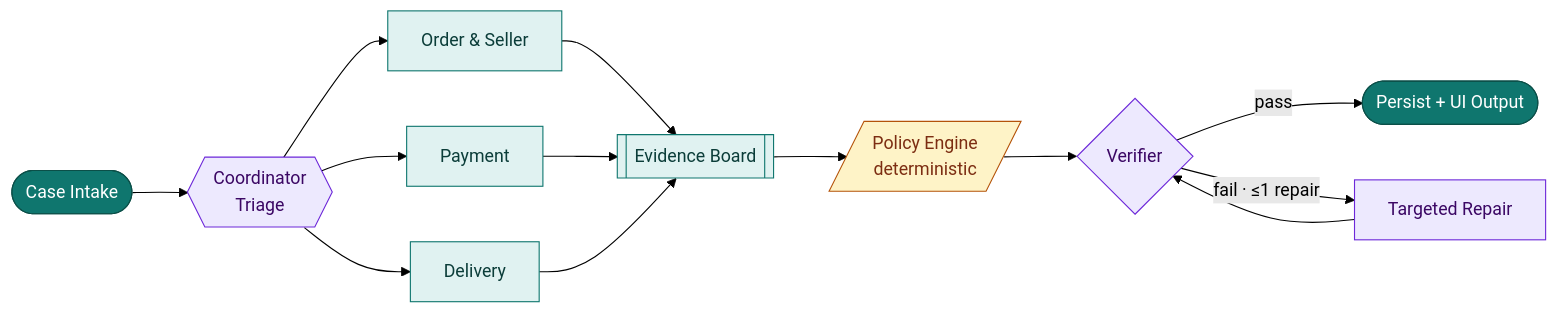
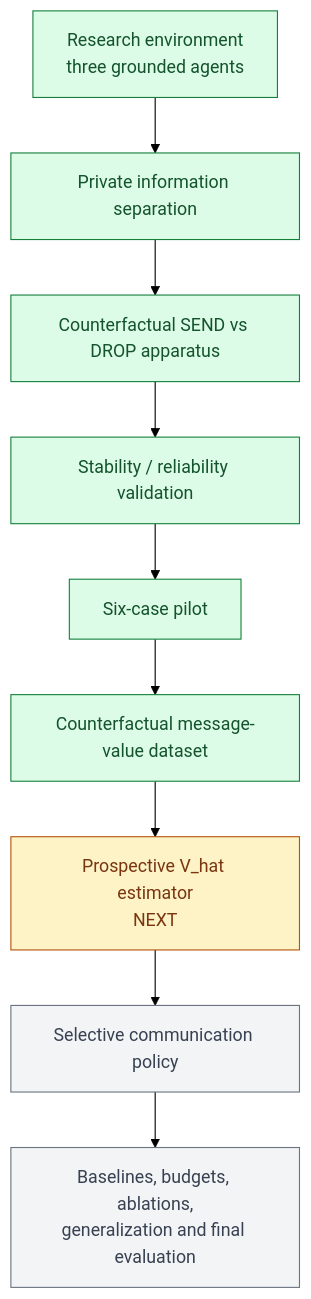
Before and after one commit to Dung092005/multiAgent_research: the second of 2 diagrams in README.md, drawn with Mermaid (forest theme). The commit also changed other lines of this file, not shown here.

Commit message:
docs: rewrite root README for research

````diff
--- a/README.md
+++ b/README.md
@@ -132,24 +366,17 @@
-```mermaid
-flowchart LR
-    A([Case Intake]) --> B{{Coordinator<br/>Triage}}
-    B --> C[Order & Seller]
-    B --> D[Payment]
-    B --> E[Delivery]
-    C --> F[[Evidence Board]]
-    D --> F
-    E --> F
-    F --> G[/Policy Engine<br/>deterministic/]
-    G --> H{Verifier}
-    H -->|pass| I([Persist + UI Output])
-    H -->|fail · ≤1 repair| J[Targeted Repair]
-    J --> H
-
-    classDef intake fill:#0f766e,stroke:#0b4f48,color:#fff;
-    classDef spec fill:#e0f2f1,stroke:#0f766e,color:#0b3d39;
-    classDef det fill:#fef3c7,stroke:#b45309,color:#7c2d12;
-    classDef gate fill:#ede9fe,stroke:#6d28d9,color:#3b0764;
-    class A,I intake;
-    class C,D,E,F spec;
-    class G det;
-    class B,H,J gate;
-```
+~~~mermaid
+flowchart TD
+    A[Research environment<br/>three grounded agents] --> B[Private information separation]
+    B --> C[Counterfactual SEND vs DROP apparatus]
+    C --> D[Stability / reliability validation]
+    D --> E[Six-case pilot]
+    E --> F[Counterfactual message-value dataset]
+    F --> G[Prospective V_hat estimator<br/>NEXT]
+    G --> H[Selective communication policy]
+    H --> I[Baselines, budgets, ablations,<br/>generalization and final evaluation]
+    classDef done fill:#dcfce7,stroke:#15803d,color:#14532d;
+    classDef next fill:#fef3c7,stroke:#b45309,color:#78350f;
+    classDef later fill:#f3f4f6,stroke:#6b7280,color:#374151;
+    class A,B,C,D,E,F done;
+    class G next;
+    class H,I later;
+~~~
````
